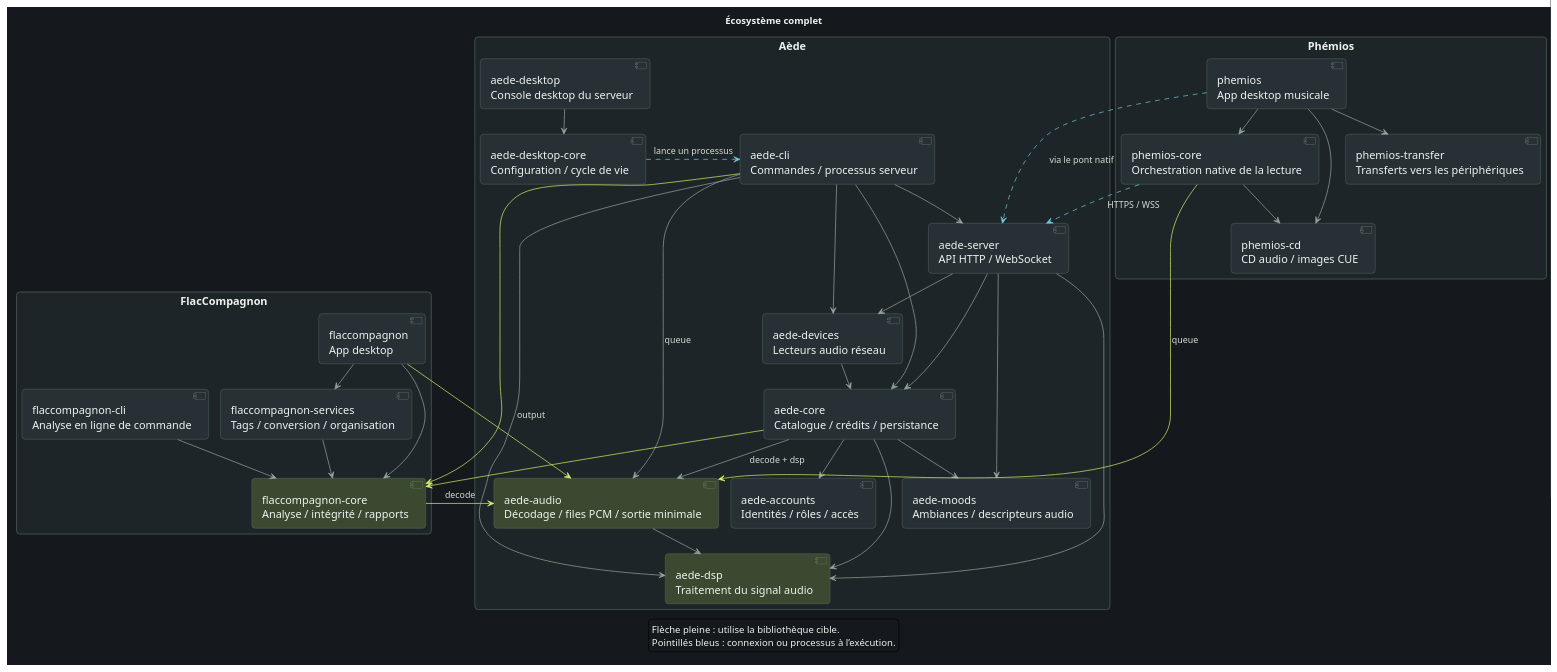
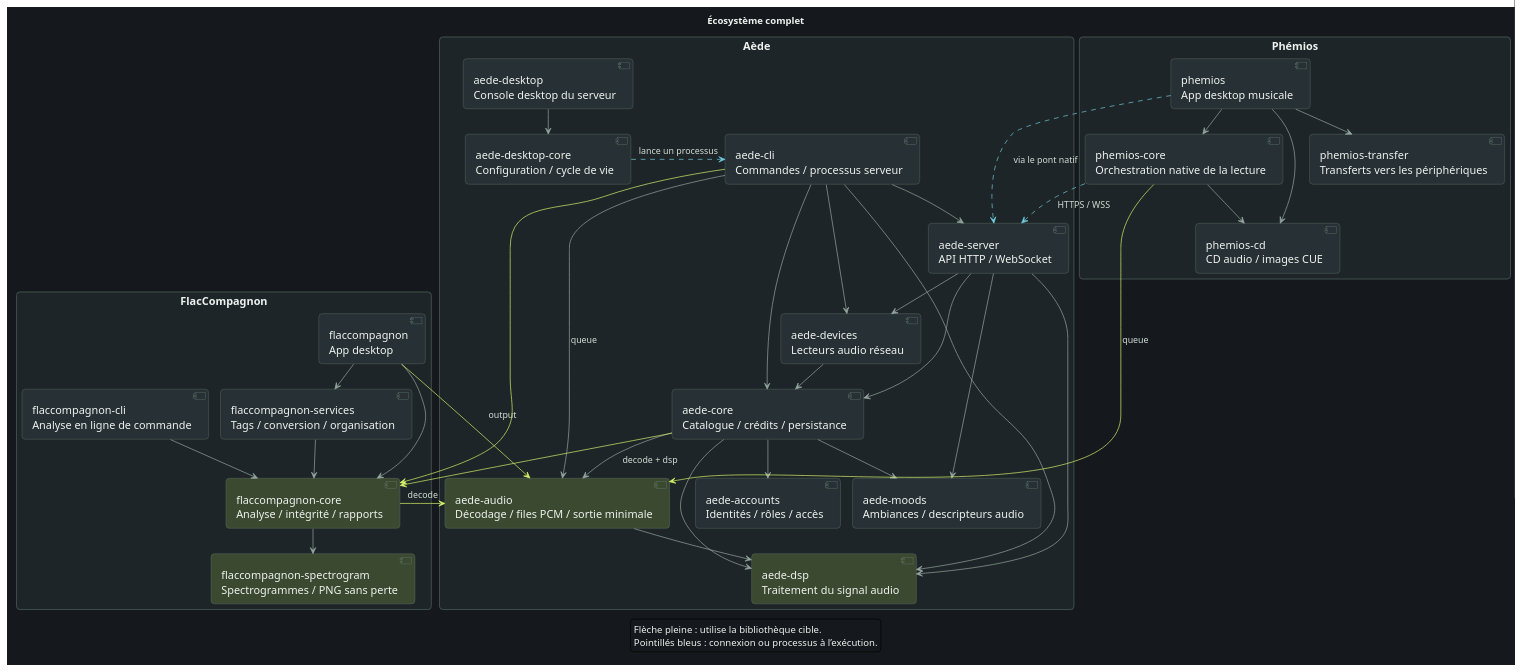
The diagram in docs/diagrams/ecosystem/fr-complete.puml (craft-and-code/aede), drawn with PlantUML before and after one commit. The commit also changed 71 other files, not shown here.

```diff
--- a/docs/diagrams/ecosystem/fr-complete.puml
+++ b/docs/diagrams/ecosystem/fr-complete.puml
@@ -1,86 +1,88 @@
 @startuml fr-complete
 !pragma layout smetana
 skinparam backgroundColor #15191D
 skinparam defaultFontName SansSerif
 skinparam defaultFontSize 16
 skinparam defaultFontColor #EDF2EE
 skinparam shadowing false
 skinparam roundcorner 10
 skinparam componentStyle uml2
 skinparam ArrowColor #96A79F
 skinparam ArrowFontColor #D0DDD5
 skinparam ArrowFontSize 13
 skinparam packageStyle rectangle
 skinparam packageBackgroundColor #1E2528
 skinparam packageBorderColor #52655D
 skinparam packageFontColor #F1F5F2
 skinparam packageFontSize 19
 skinparam componentBackgroundColor #273035
 skinparam componentBorderColor #6A7F73
 skinparam componentFontColor #EDF2EE
 skinparam nodesep 30
 skinparam ranksep 35
 hide stereotype
 
 title Écosystème complet
 package "FlacCompagnon" {
 component "flaccompagnon\nApp desktop" as FApp
 component "flaccompagnon-cli\nAnalyse en ligne de commande" as FCli
 component "flaccompagnon-services\nTags / conversion / organisation" as FServices
 component "flaccompagnon-core\nAnalyse / intégrité / rapports" as FCore #3B4930
+component "flaccompagnon-spectrogram\nSpectrogrammes / PNG sans perte" as FSpectrogram #3B4930
 }
 package "Aède" {
 component "aede-desktop\nConsole desktop du serveur" as AApp
 component "aede-desktop-core\nConfiguration / cycle de vie" as AConsole
 component "aede-cli\nCommandes / processus serveur" as ACli
 component "aede-server\nAPI HTTP / WebSocket" as AServer
 component "aede-devices\nLecteurs audio réseau" as ADevices
 component "aede-core\nCatalogue / crédits / persistance" as ACore
 component "aede-accounts\nIdentités / rôles / accès" as AAccounts
 component "aede-moods\nAmbiances / descripteurs audio" as AMoods
 component "aede-audio\nDécodage / files PCM / sortie minimale" as AAudio #3B4930
 component "aede-dsp\nTraitement du signal audio" as ADsp #3B4930
 }
 package "Phémios" {
 component "phemios\nApp desktop musicale" as PApp
 component "phemios-core\nOrchestration native de la lecture" as PCore
 component "phemios-cd\nCD audio / images CUE" as PCd
 component "phemios-transfer\nTransferts vers les périphériques" as PTransfer
 }
 FApp --> FServices
 FApp --> FCore
 FCli --> FCore
 FServices --> FCore
+FCore --> FSpectrogram
 FApp -[#D8F36A]-> AAudio : output
 FCore -[#D8F36A]-> AAudio : decode
 AApp --> AConsole
 ACli --> AServer
 ACli --> ACore
 ACli --> ADevices
 ACli --> ADsp
 ACli --> AAudio : queue
 ACli -[#D8F36A]-> FCore
 AServer --> ACore
 AServer --> ADevices
 AServer --> AMoods
 AServer --> ADsp
 ADevices --> ACore
 ACore --> AAccounts
 ACore --> AMoods
 ACore --> ADsp
 ACore --> AAudio : decode + dsp
 ACore -[#D8F36A]-> FCore
 AAudio --> ADsp
 PApp --> PCore
 PApp --> PCd
 PApp --> PTransfer
 PCore --> PCd
 PCore -[#D8F36A]-> AAudio : queue
 AConsole -[#71CDE1,dashed]right-> ACli : lance un processus
 PCore -[#71CDE1,dashed]-> AServer : HTTPS / WSS
 PApp -[#71CDE1,dashed]-> AServer : via le pont natif
 legend bottom
 Flèche pleine : utilise la bibliothèque cible.
 Pointillés bleus : connexion ou processus à l’exécution.
 endlegend
 @enduml
```
